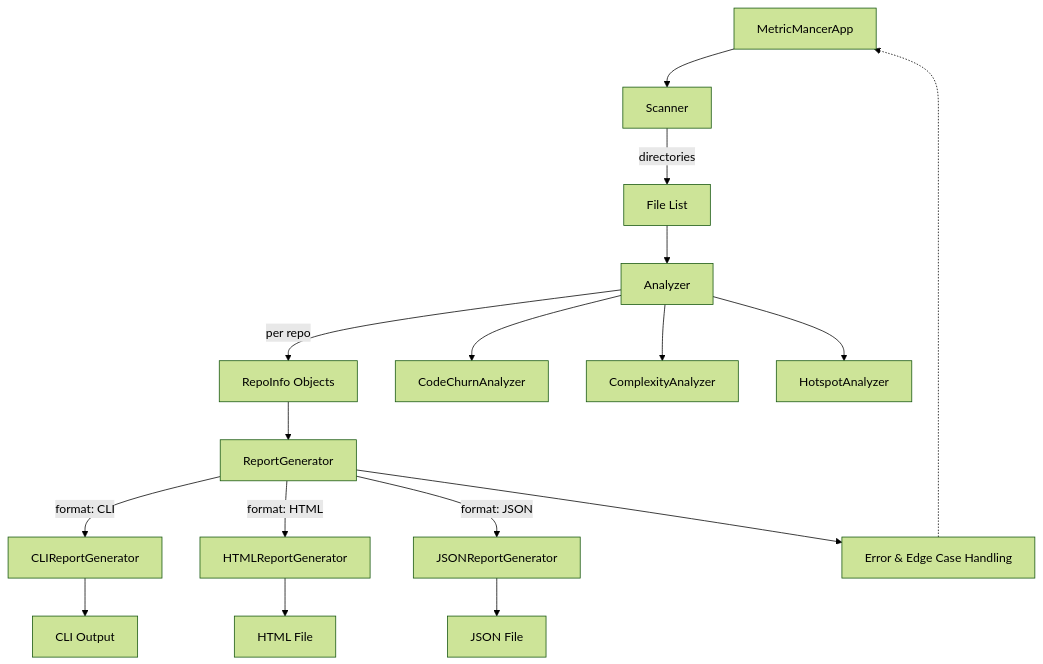
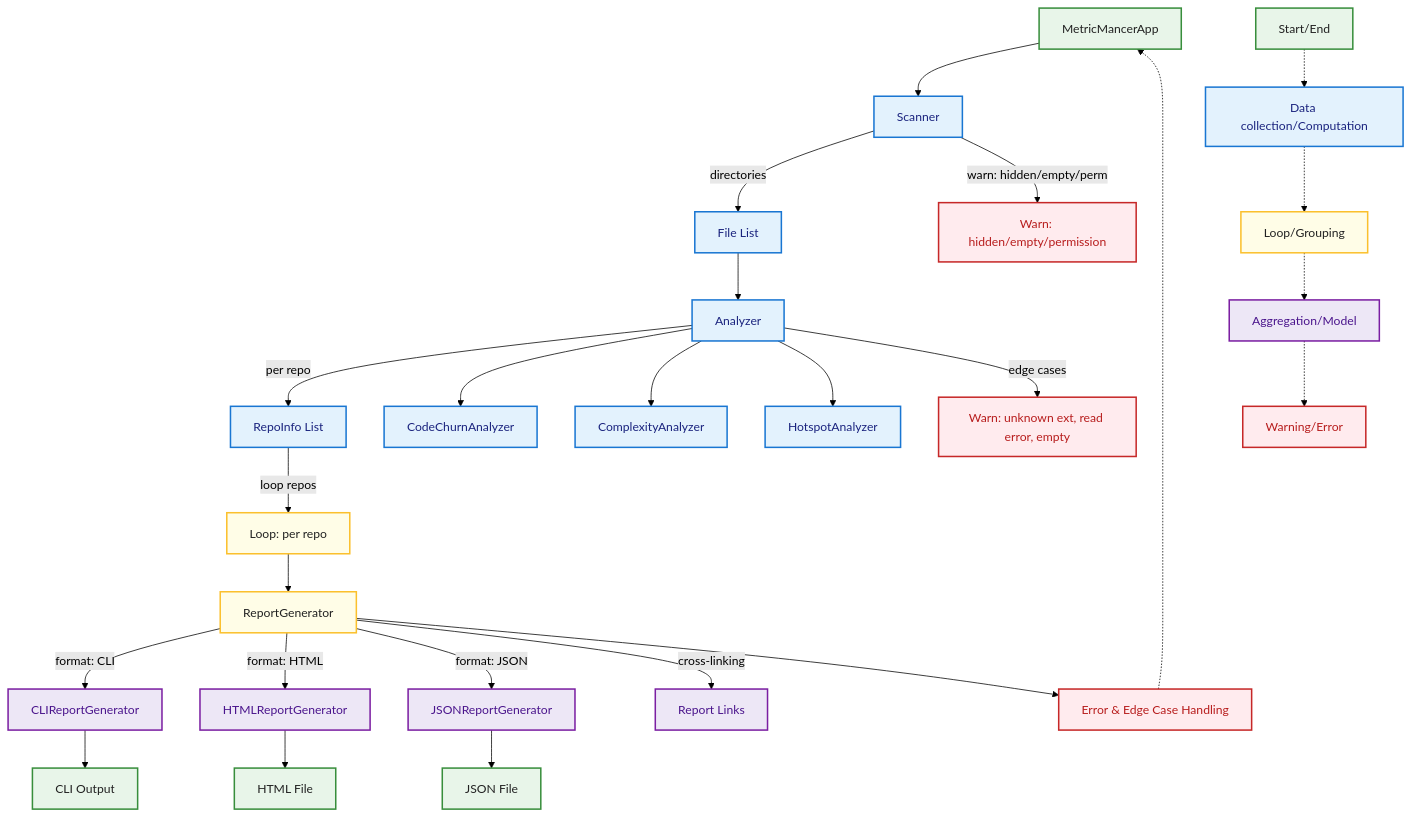
One commit to CmdrPrompt/MetricMancer changed the diagram in mermaid/1_overview.md. Above: the diagram before and after it, drawn with Mermaid (forest theme). The commit also changed other lines of this file and 21 other files, not shown here.

````diff
--- a/mermaid/1_overview.md
+++ b/mermaid/1_overview.md
@@ -12,20 +14,55 @@
 ```mermaid
 flowchart TD
-    App[MetricMancerApp] --> Scanner[Scanner]
+    App[MetricMancerApp]
+    App --> Scanner[Scanner]
     Scanner -->|"directories"| Files[File List]
     Files --> Analyzer[Analyzer]
-    Analyzer -->|"per repo"| RepoInfo[RepoInfo Objects]
+    Analyzer -->|"per repo"| RepoInfos[RepoInfo List]
     Analyzer --> CodeChurn[CodeChurnAnalyzer]
     Analyzer --> Complexity[ComplexityAnalyzer]
     Analyzer --> Hotspot[HotspotAnalyzer]
-    RepoInfo --> ReportGenerator[ReportGenerator]
+    Analyzer -->|"edge cases"| AnalyzerWarn[Warn: unknown ext, read error, empty]
+    RepoInfos -->|"loop repos"| ReportGenLoop[Loop: per repo]
+    ReportGenLoop --> ReportGenerator[ReportGenerator]
     ReportGenerator -->|"format: CLI"| CLIReport[CLIReportGenerator]
     ReportGenerator -->|"format: HTML"| HTMLReport[HTMLReportGenerator]
+    ReportGenerator -->|"format: JSON"| JSONReport[JSONReportGenerator]
     CLIReport --> CLIOutput[CLI Output]
     HTMLReport --> HTMLOutput[HTML File]
-    ReportGenerator -->|"format: JSON"| JSONReport[JSONReportGenerator]
     JSONReport --> JSONOutput[JSON File]
+    ReportGenerator -->|"cross-linking"| CrossLinks[Report Links]
     ReportGenerator --> ErrorHandling[Error & Edge Case Handling]
     ErrorHandling -.-> App
+    Scanner -->|"warn: hidden/empty/perm"| ScannerWarn[Warn: hidden/empty/permission]
 
+    %% Legend
+    LegendStart[Start/End]:::start
+    LegendCalc[Data collection/Computation]:::calc
+    LegendLoop[Loop/Grouping]:::loop
+    LegendAgg[Aggregation/Model]:::agg
+    LegendWarn[Warning/Error]:::warn
+
+    LegendStart -.-> LegendCalc
+    LegendCalc -.-> LegendLoop
+    LegendLoop -.-> LegendAgg
+    LegendAgg -.-> LegendWarn
+
+    classDef start fill:#e8f5e9,stroke:#388e3c,stroke-width:2px,color:#212121;
+    classDef calc fill:#e3f2fd,stroke:#1976d2,stroke-width:2px,color:#1a237e;
+    classDef loop fill:#fffde7,stroke:#fbc02d,stroke-width:2px,color:#212121;
+    classDef agg fill:#ede7f6,stroke:#7b1fa2,stroke-width:2px,color:#4a148c;
+    classDef warn fill:#ffebee,stroke:#c62828,stroke-width:2px,color:#b71c1c;
+
+    class LegendStart start;
+    class LegendCalc calc;
+    class LegendLoop loop;
+    class LegendAgg agg;
+    class LegendWarn warn;
+
+    %% Main node color coding
+    class App,CLIOutput,HTMLOutput,JSONOutput start;
+    class Scanner,Files,Analyzer,RepoInfos,CodeChurn,Complexity,Hotspot calc;
+    class ReportGenLoop,ReportGenerator loop;
+    class CLIReport,HTMLReport,JSONReport,CrossLinks agg;
+    class AnalyzerWarn,ScannerWarn,ErrorHandling warn;
 ```
````
